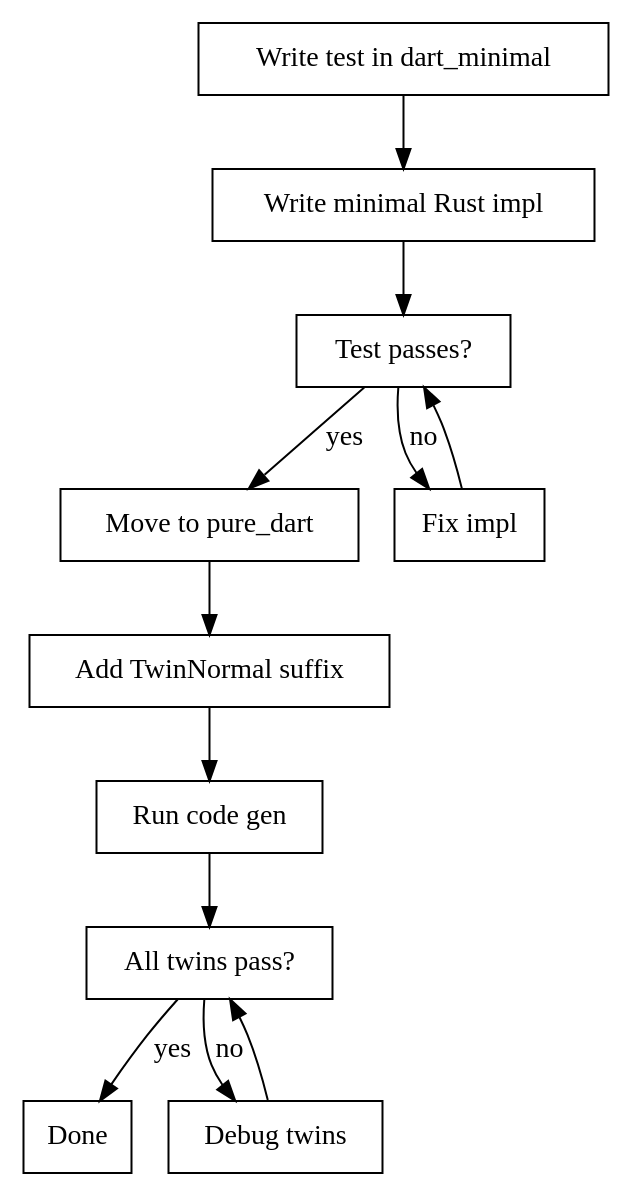
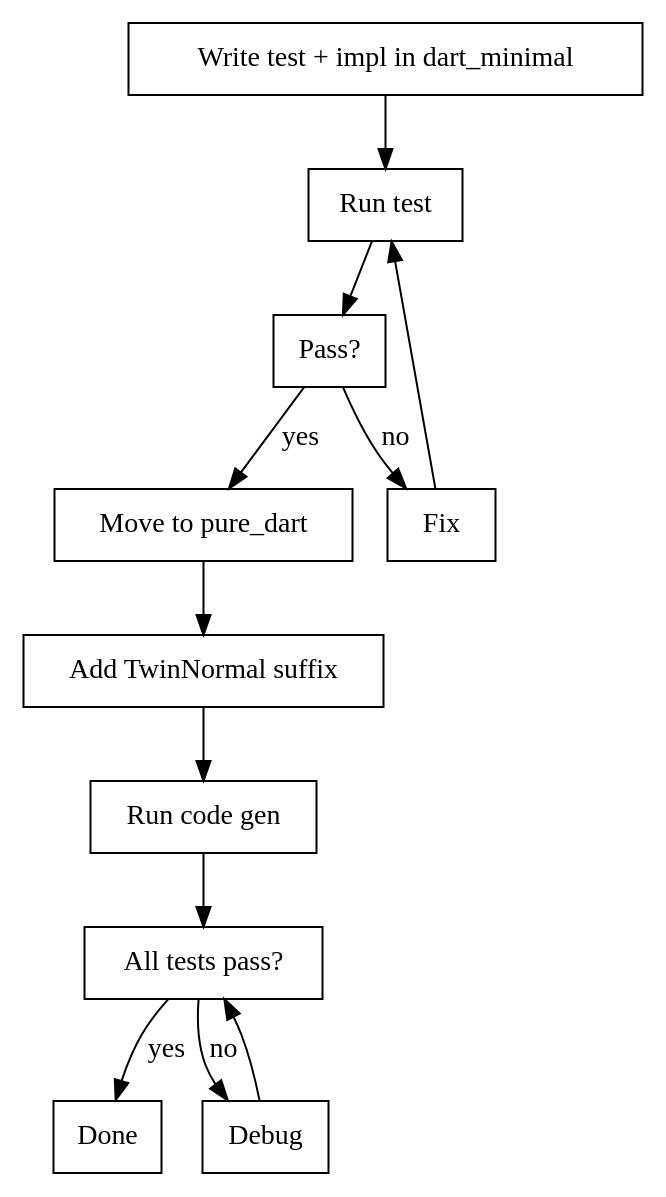
One commit to fzyzcjy/flutter_rust_bridge changed the diagram in .claude/skills/frb-develop-feature/SKILL.md. Above: the diagram before and after it, drawn with Graphviz. The commit also changed other lines of this file, not shown here.

First line of the commit message:
Simplify workflow: merge phases, remove precommit-generate from dart_minimal

````diff
--- a/.claude/skills/frb-develop-feature/SKILL.md
+++ b/.claude/skills/frb-develop-feature/SKILL.md
@@ -23,15 +23,16 @@
 ```dot
-digraph tdd_workflow {
+digraph workflow {
     rankdir=TB;
     node [shape=box];
 
-    "Write test in dart_minimal" -> "Write minimal Rust impl" -> "Test passes?";
-    "Test passes?" -> "Move to pure_dart" [label="yes"];
-    "Test passes?" -> "Fix impl" [label="no"];
-    "Fix impl" -> "Test passes?";
-    "Move to pure_dart" -> "Add TwinNormal suffix" -> "Run code gen" -> "All twins pass?";
-    "All twins pass?" -> "Done" [label="yes"];
-    "All twins pass?" -> "Debug twins" [label="no"];
-    "Debug twins" -> "All twins pass?";
+    "Write test + impl in dart_minimal" -> "Run test";
+    "Run test" -> "Pass?" [shape=diamond];
+    "Pass?" -> "Move to pure_dart" [label="yes"];
+    "Pass?" -> "Fix" [label="no"];
+    "Fix" -> "Run test";
+    "Move to pure_dart" -> "Add TwinNormal suffix" -> "Run code gen" -> "All tests pass?";
+    "All tests pass?" -> "Done" [label="yes"];
+    "All tests pass?" -> "Debug" [label="no"];
+    "Debug" -> "All tests pass?";
 }
 ```
````
